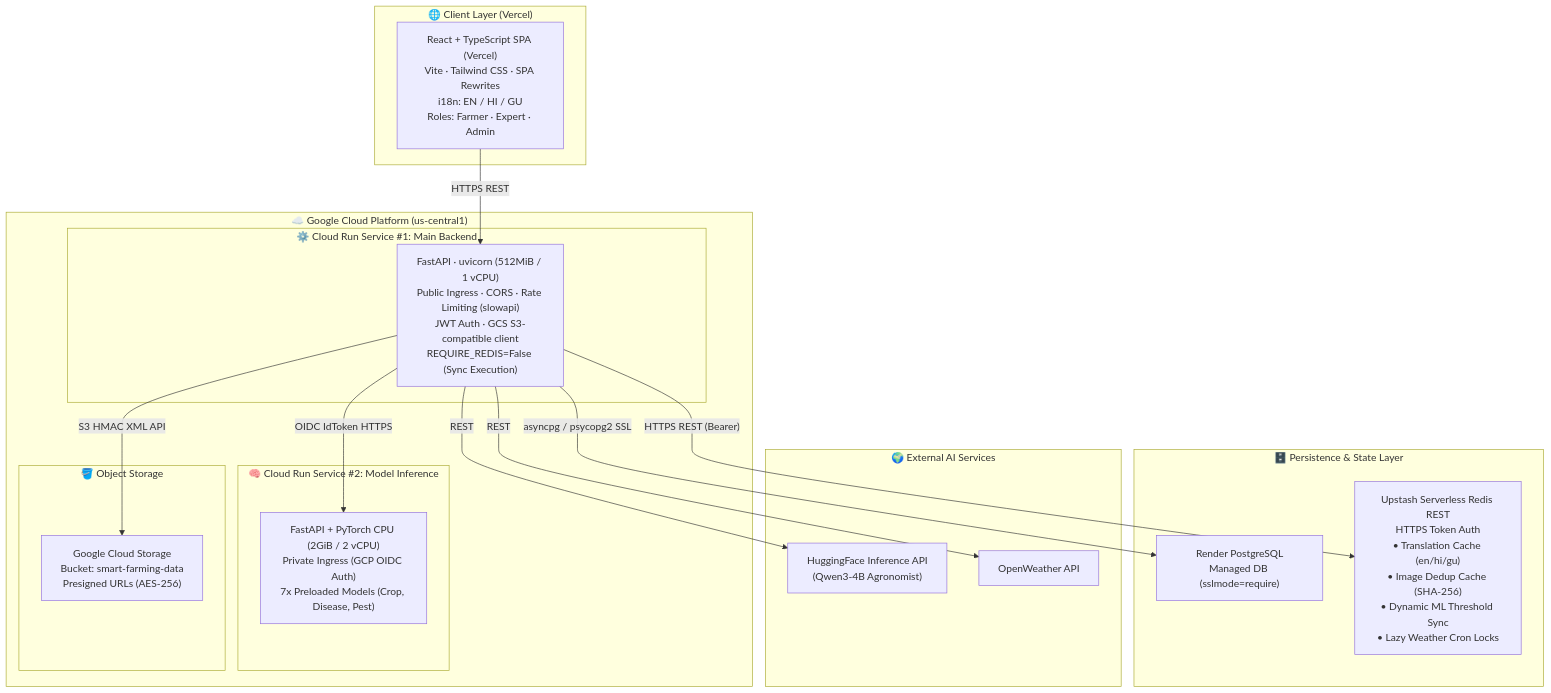
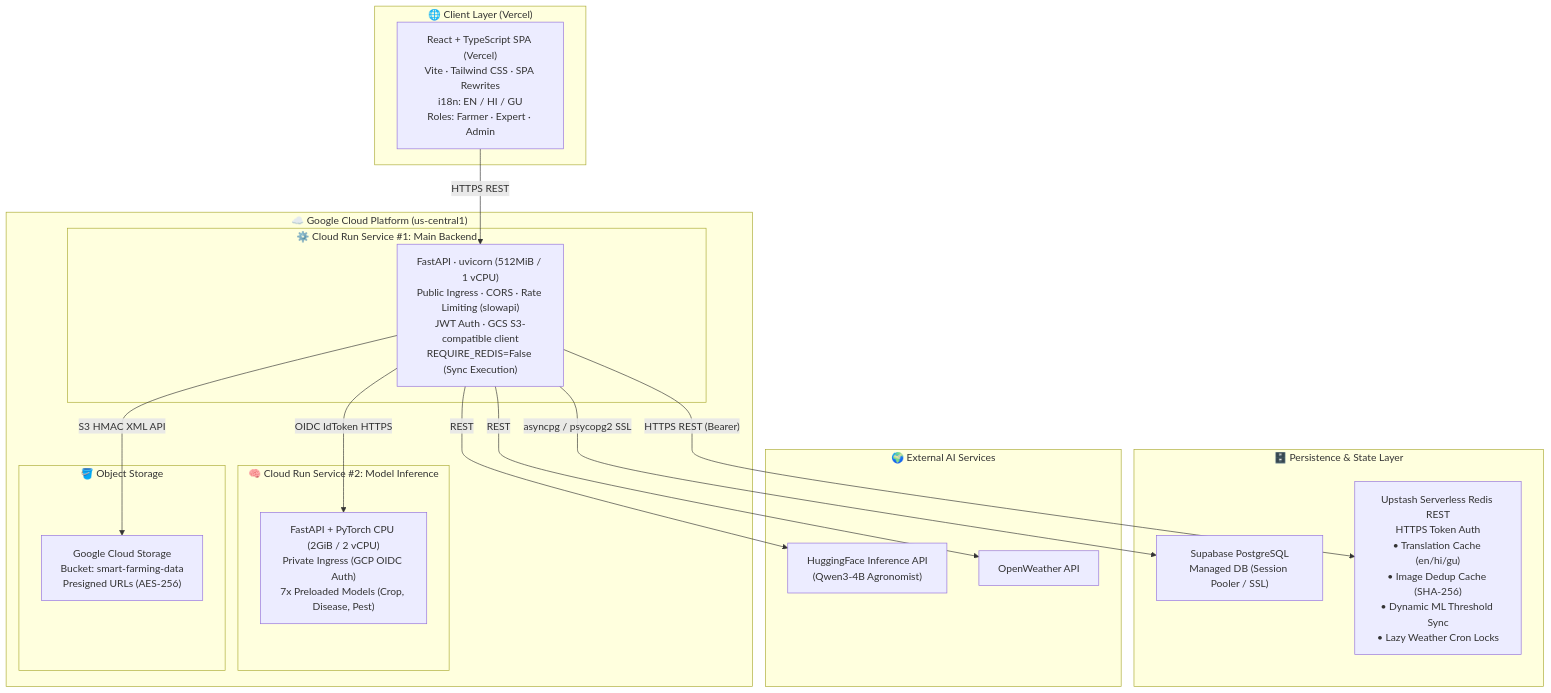
Before and after one commit to manthan2876/Smart-Farming: the first of 11 diagrams in Docs/Architecture.md, drawn with Mermaid. The commit also changed other lines of this file and 7 other files, not shown here.

Commit message:
feat(db): migrate PostgreSQL database from Render to Supabase

````diff
--- a/Docs/Architecture.md
+++ b/Docs/Architecture.md
@@ -53,38 +53,38 @@
 ```mermaid
 flowchart TD
     subgraph CLIENT["🌐 Client Layer (Vercel)"]
         SPA["React + TypeScript SPA (Vercel)\nVite · Tailwind CSS · SPA Rewrites\ni18n: EN / HI / GU\nRoles: Farmer · Expert · Admin"]
     end
 
     subgraph GCP["☁️ Google Cloud Platform (us-central1)"]
         subgraph GATEWAY["⚙️ Cloud Run Service #1: Main Backend"]
             API["FastAPI · uvicorn (512MiB / 1 vCPU)\nPublic Ingress · CORS · Rate Limiting (slowapi)\nJWT Auth · GCS S3-compatible client\nREQUIRE_REDIS=False (Sync Execution)"]
         end
 
         subgraph INFERENCE["🧠 Cloud Run Service #2: Model Inference"]
             INF["FastAPI + PyTorch CPU (2GiB / 2 vCPU)\nPrivate Ingress (GCP OIDC Auth)\n7x Preloaded Models (Crop, Disease, Pest)"]
         end
 
         subgraph OBJ["🪣 Object Storage"]
             GCS["Google Cloud Storage\nBucket: smart-farming-data\nPresigned URLs (AES-256)"]
         end
     end
 
     subgraph PERSIST["🗄️ Persistence & State Layer"]
-        DB["Render PostgreSQL\nManaged DB (sslmode=require)"]
+        DB["Supabase PostgreSQL\nManaged DB (Session Pooler / SSL)"]
         UPSTASH["Upstash Serverless Redis REST\nHTTPS Token Auth\n• Translation Cache (en/hi/gu)\n• Image Dedup Cache (SHA-256)\n• Dynamic ML Threshold Sync\n• Lazy Weather Cron Locks"]
     end
 
     subgraph EXTERNAL["🌍 External AI Services"]
         HF["HuggingFace Inference API\n(Qwen3-4B Agronomist)"]
         OWM["OpenWeather API"]
     end
 
     SPA -- "HTTPS REST" --> API
     API -- "OIDC IdToken HTTPS" --> INF
     API -- "S3 HMAC XML API" --> GCS
     API -- "asyncpg / psycopg2 SSL" --> DB
     API -- "HTTPS REST (Bearer)" --> UPSTASH
     API -- "REST" --> HF
     API -- "REST" --> OWM
 ```
````
